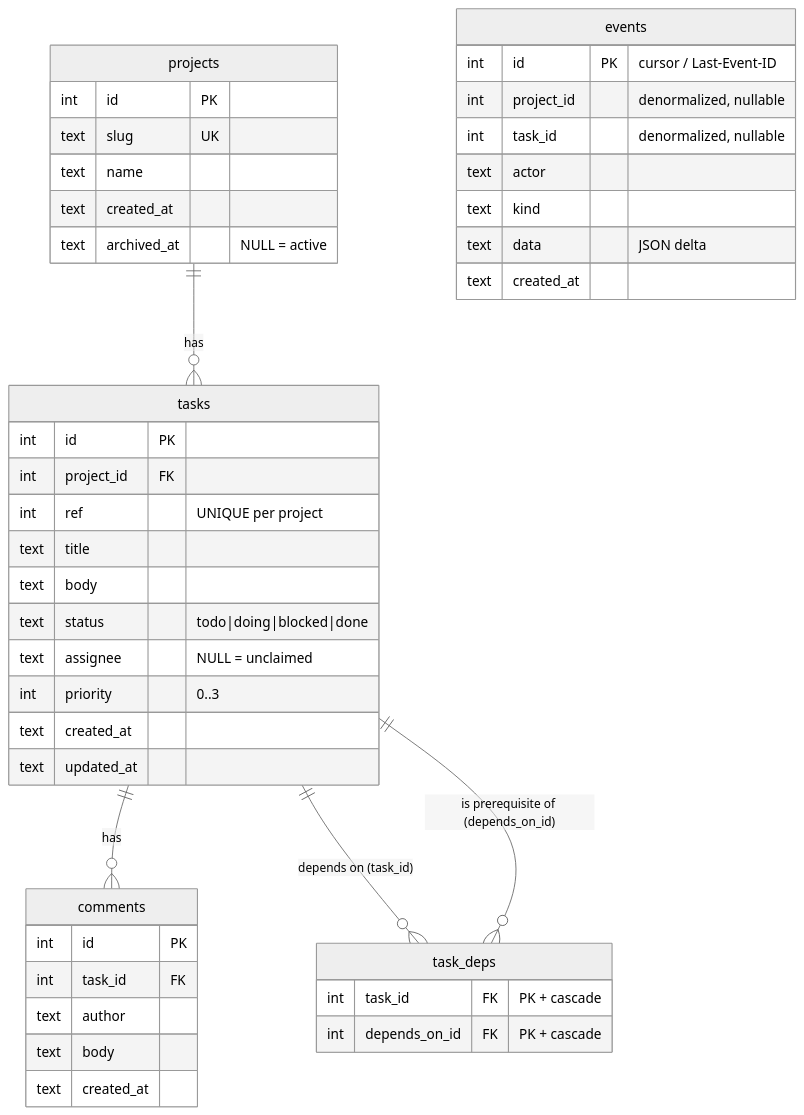
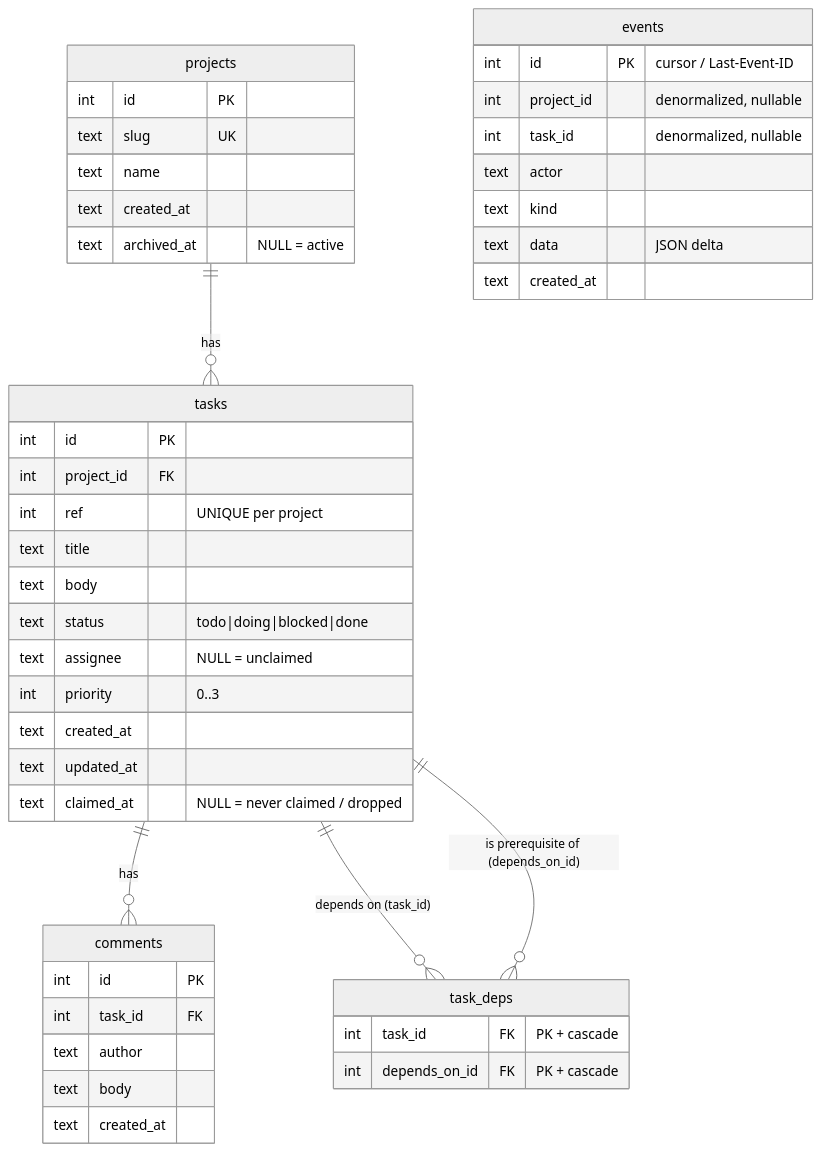
One commit to RamiAltai/agentman changed the diagram in architecture/data-model.md. Above: the diagram before and after it, drawn with Mermaid (neutral theme). The commit also changed other lines of this file and 17 other files, not shown here.

````diff
--- a/architecture/data-model.md
+++ b/architecture/data-model.md
@@ -170,46 +178,47 @@
 ```mermaid
 erDiagram
   projects ||--o{ tasks : "has"
   tasks ||--o{ comments : "has"
   tasks ||--o{ task_deps : "depends on (task_id)"
   tasks ||--o{ task_deps : "is prerequisite of (depends_on_id)"
   projects {
     int id PK
     text slug UK
     text name
     text created_at
     text archived_at "NULL = active"
   }
   tasks {
     int id PK
     int project_id FK
     int ref "UNIQUE per project"
     text title
     text body
     text status "todo|doing|blocked|done"
     text assignee "NULL = unclaimed"
     int priority "0..3"
     text created_at
     text updated_at
+    text claimed_at "NULL = never claimed / dropped"
   }
   task_deps {
     int task_id FK "PK + cascade"
     int depends_on_id FK "PK + cascade"
   }
   comments {
     int id PK
     int task_id FK
     text author
     text body
     text created_at
   }
   events {
     int id PK "cursor / Last-Event-ID"
     int project_id "denormalized, nullable"
     int task_id "denormalized, nullable"
     text actor
     text kind
     text data "JSON delta"
     text created_at
   }
 ```
````
